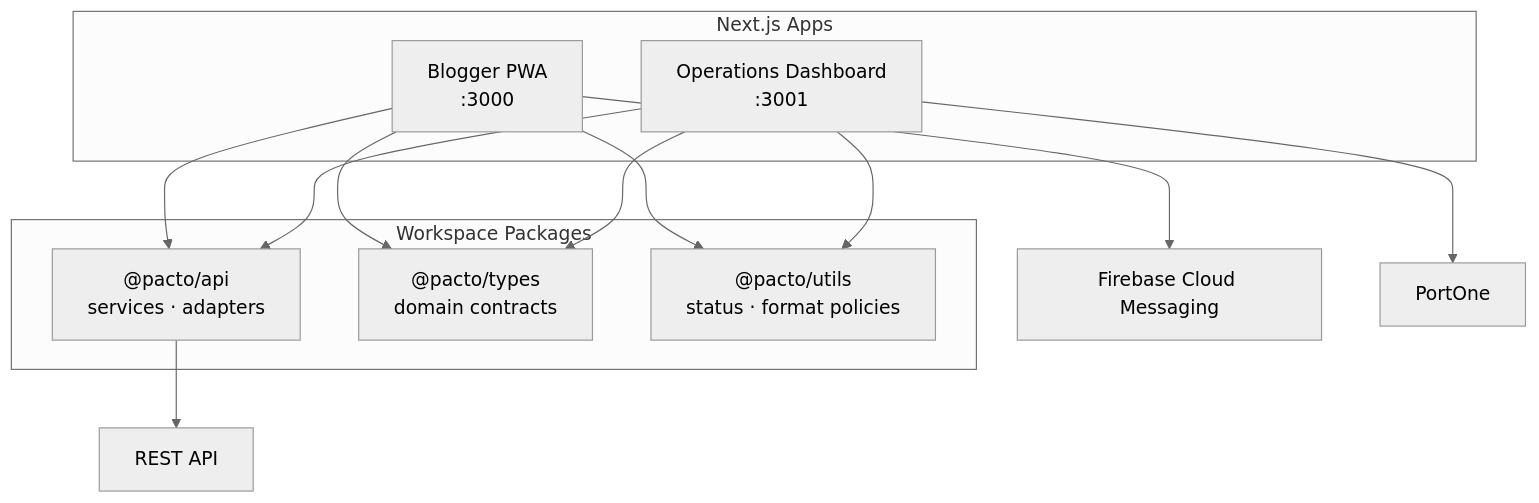
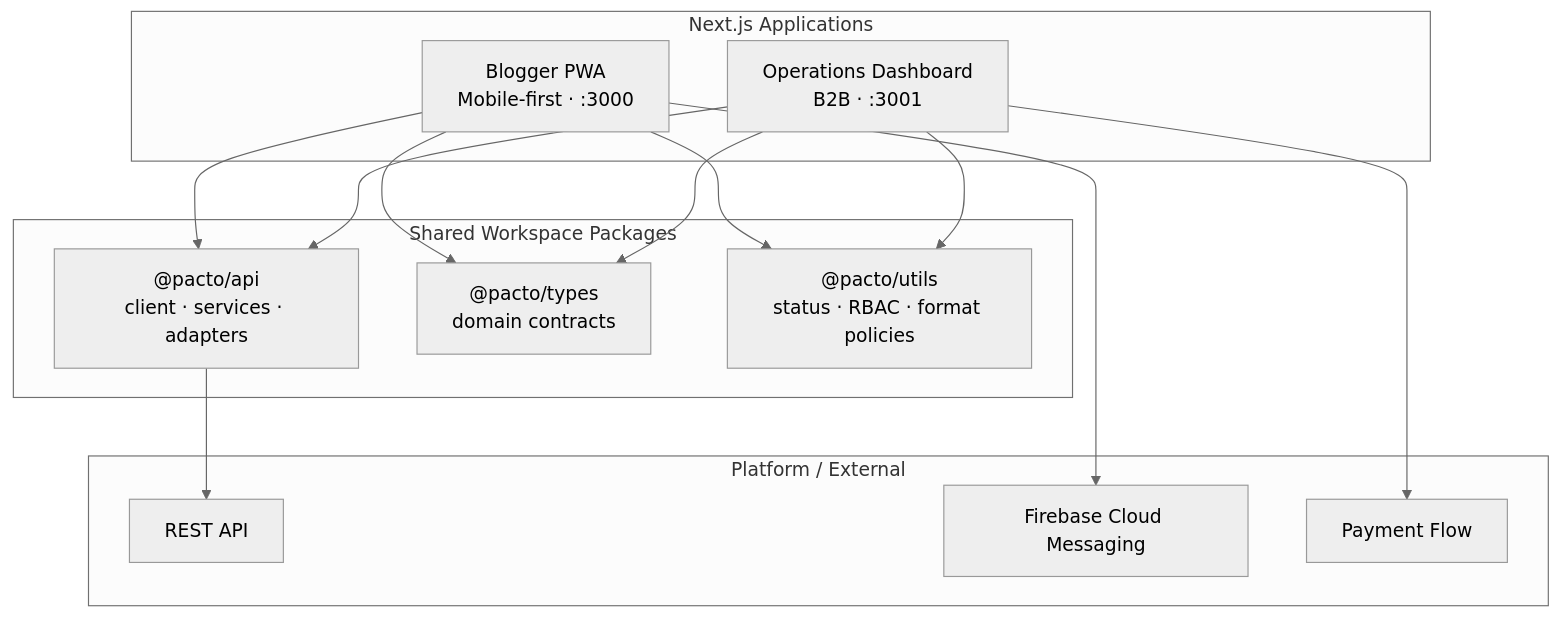
Before and after one commit to Dev-SangWoo/Pacto-frontend-v2: the second of 5 diagrams in README.md, drawn with Mermaid (neutral theme). The commit also changed other lines of this file, not shown here.

Commit message:
docs: Pacto README를 포트폴리오 중심으로 개선

````diff
--- a/README.md
+++ b/README.md
@@ -67,23 +108,30 @@
 ```mermaid
 flowchart TB
-  subgraph Apps[Next.js Apps]
-    B["Blogger PWA<br/>:3000"]
-    D["Operations Dashboard<br/>:3001"]
-  end
+    subgraph Apps[Next.js Applications]
+        BLOGGER["Blogger PWA<br/>Mobile-first · :3000"]
+        DASHBOARD["Operations Dashboard<br/>B2B · :3001"]
+    end
 
-  subgraph Shared[Workspace Packages]
-    API["@pacto/api<br/>services · adapters"]
-    TYPES["@pacto/types<br/>domain contracts"]
-    UTILS["@pacto/utils<br/>status · format policies"]
-  end
+    subgraph Workspace[Shared Workspace Packages]
+        API["@pacto/api<br/>client · services · adapters"]
+        TYPES["@pacto/types<br/>domain contracts"]
+        UTILS["@pacto/utils<br/>status · RBAC · format policies"]
+    end
 
-  B --> API
-  D --> API
-  B --> TYPES
-  D --> TYPES
-  B --> UTILS
-  D --> UTILS
-  API --> REST[REST API]
-  B --> FCM[Firebase Cloud Messaging]
-  D --> PAY[PortOne]
+    subgraph Platform[Platform / External]
+        REST[REST API]
+        FCM[Firebase Cloud Messaging]
+        PAYMENT[Payment Flow]
+    end
+
+    BLOGGER --> API
+    DASHBOARD --> API
+    BLOGGER --> TYPES
+    DASHBOARD --> TYPES
+    BLOGGER --> UTILS
+    DASHBOARD --> UTILS
+
+    API --> REST
+    BLOGGER --> FCM
+    DASHBOARD --> PAYMENT
 ```
````
